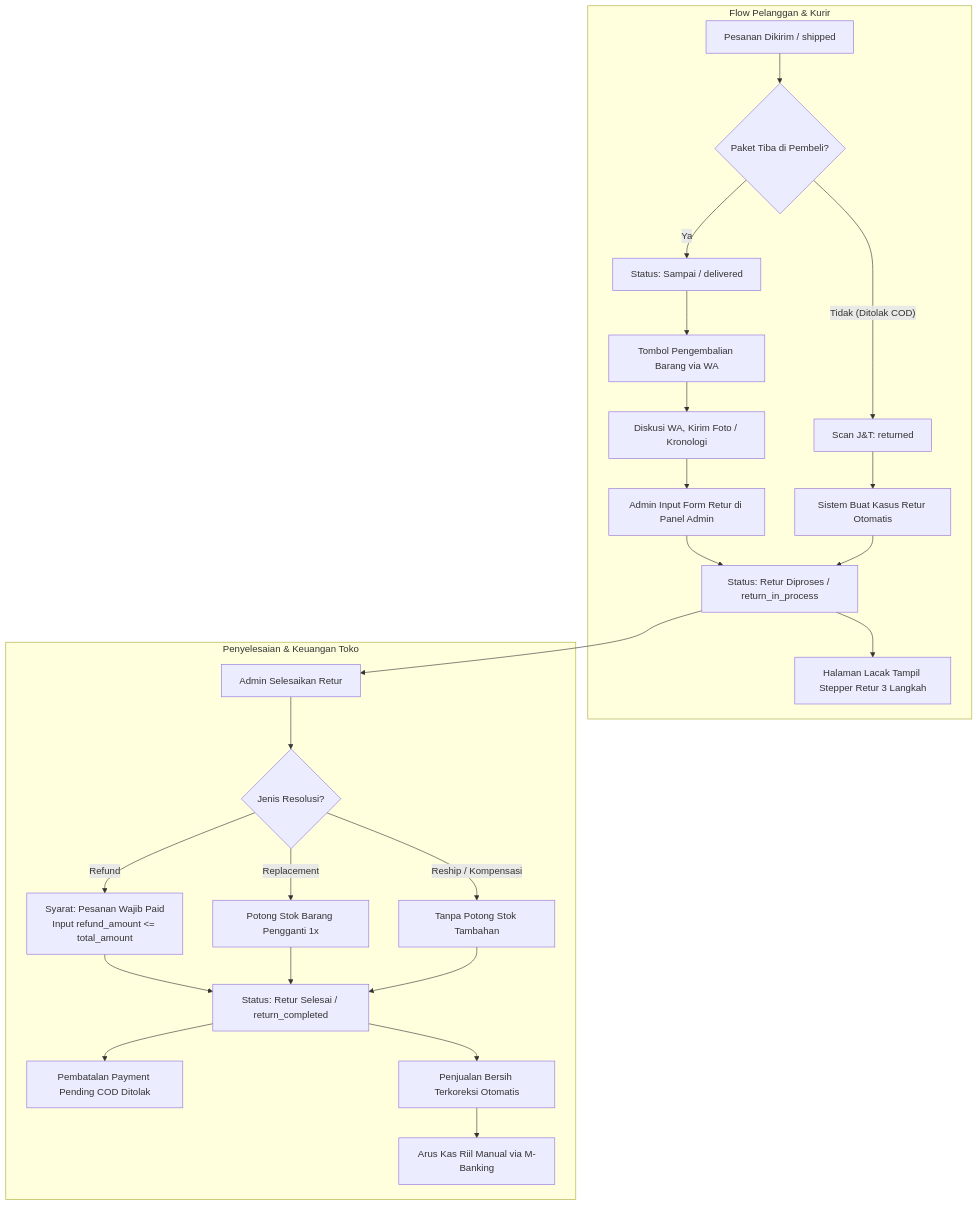
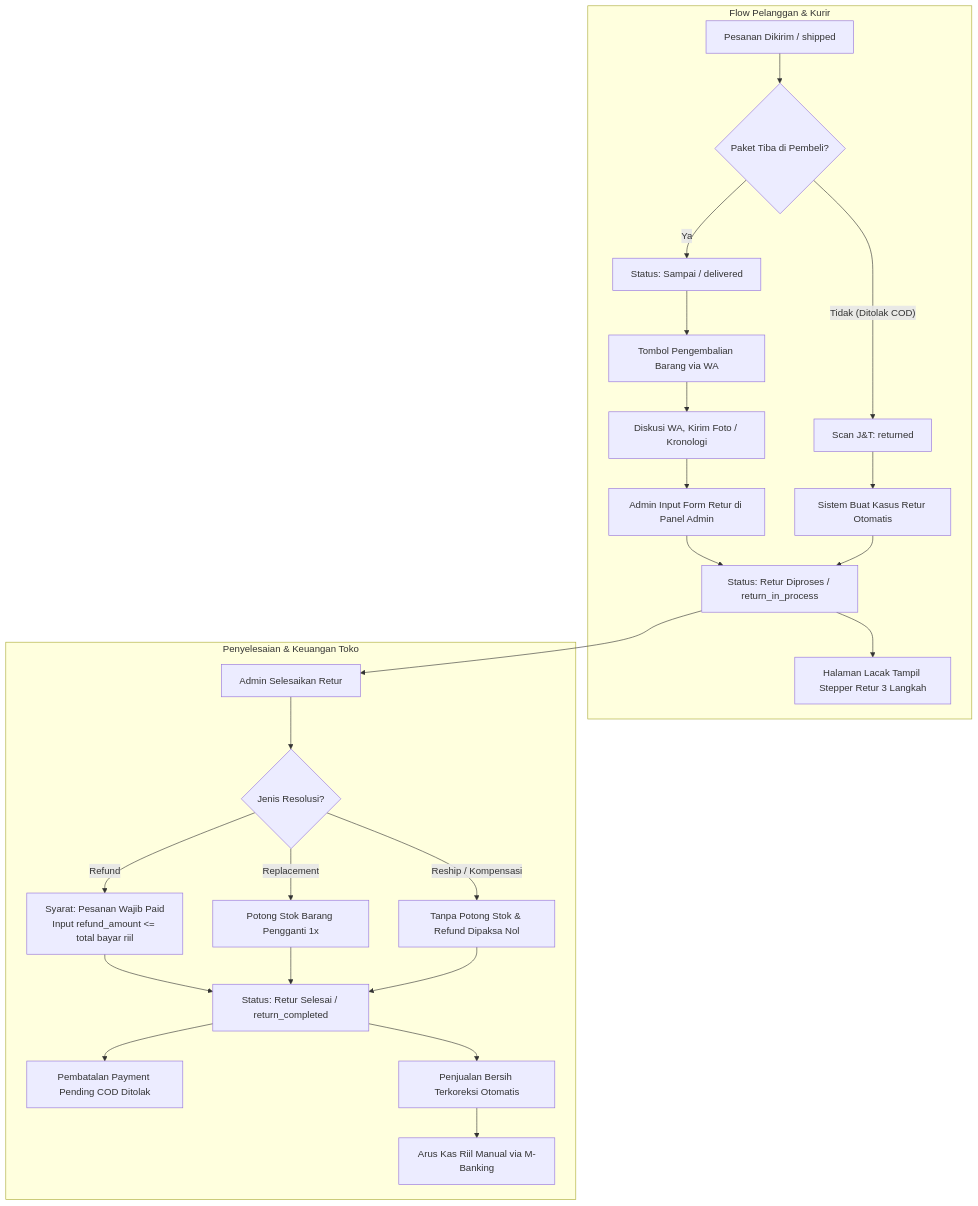
The diagram in docs/DOMAIN/fiksasi-alur-retur-refund-dan-keuangan.md (0xmemu/ragilaluminium), drawn with Mermaid before and after one commit. The commit also changed other lines of this file, not shown here.

````diff
--- a/docs/DOMAIN/fiksasi-alur-retur-refund-dan-keuangan.md
+++ b/docs/DOMAIN/fiksasi-alur-retur-refund-dan-keuangan.md
@@ -147,35 +148,35 @@
 ```mermaid
 flowchart TD
     subgraph Flow Pelanggan & Kurir
         A[Pesanan Dikirim / shipped] --> B{Paket Tiba di Pembeli?}
         B -- Ya --> C[Status: Sampai / delivered]
         B -- Tidak (Ditolak COD) --> D[Scan J&T: returned]
         
         C --> E[Tombol Pengembalian Barang via WA]
         E --> F[Diskusi WA, Kirim Foto / Kronologi]
         F --> G[Admin Input Form Retur di Panel Admin]
         
         D --> H[Sistem Buat Kasus Retur Otomatis]
         G --> I[Status: Retur Diproses / return_in_process]
         H --> I
         
         I --> J[Halaman Lacak Tampil Stepper Retur 3 Langkah]
     end
 
     subgraph Penyelesaian & Keuangan Toko
         I --> K[Admin Selesaikan Retur]
         K --> L{Jenis Resolusi?}
         
-        L -- Refund --> M[Syarat: Pesanan Wajib Paid\nInput refund_amount <= total_amount]
+        L -- Refund --> M[Syarat: Pesanan Wajib Paid\nInput refund_amount <= total bayar riil]
         L -- Replacement --> N[Potong Stok Barang Pengganti 1x]
-        L -- Reship / Kompensasi --> O[Tanpa Potong Stok Tambahan]
+        L -- Reship / Kompensasi --> O[Tanpa Potong Stok & Refund Dipaksa Nol]
         
         M --> P[Status: Retur Selesai / return_completed]
         N --> P
         O --> P
         
         P --> Q[Pembatalan Payment Pending COD Ditolak]
         P --> R[Penjualan Bersih Terkoreksi Otomatis]
         R --> S[Arus Kas Riil Manual via M-Banking]
     end
 ```
````
